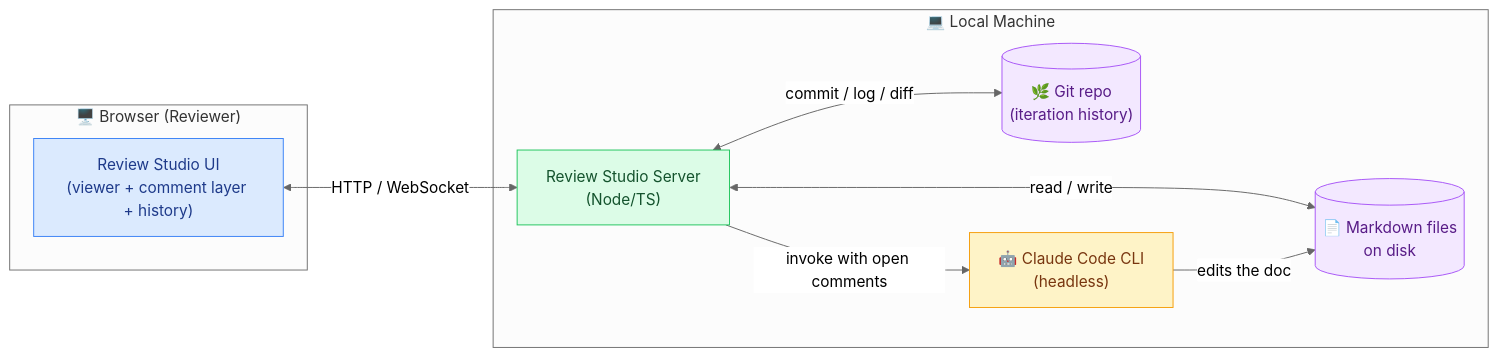
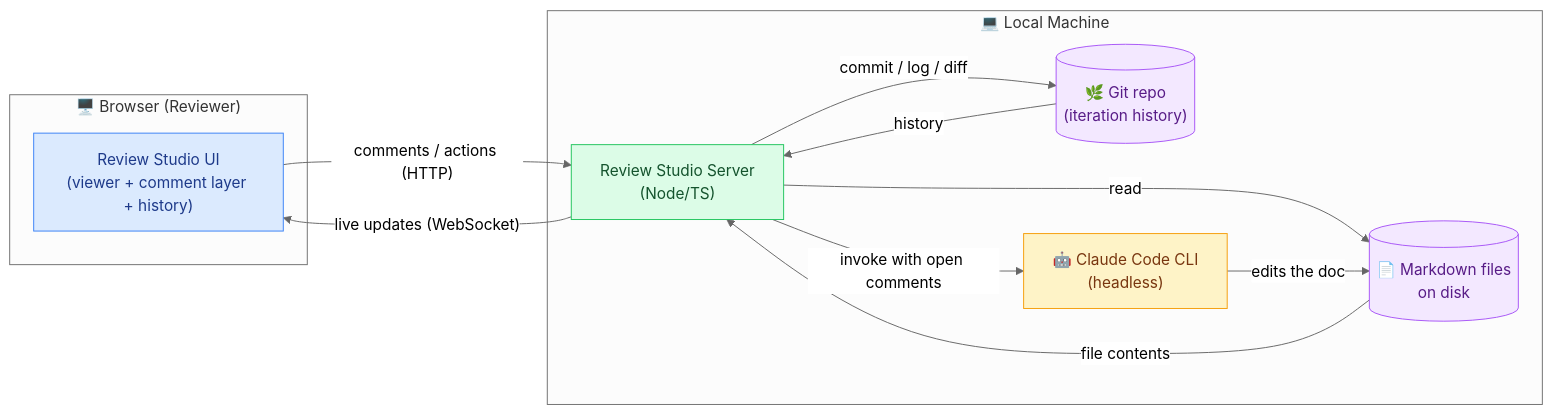
Before and after one commit to omars-lab/omars-lab.github.io: the first of 15 diagrams in bytesofpurpose-blog/designs/2026-06-22-markdown-review-studio.mdx, drawn with Mermaid (neutral theme). The commit also changed 7 other files, not shown here.

````diff
--- a/bytesofpurpose-blog/designs/2026-06-22-markdown-review-studio.mdx
+++ b/bytesofpurpose-blog/designs/2026-06-22-markdown-review-studio.mdx
@@ -78,28 +78,31 @@
 ```mermaid
 graph LR
     subgraph browser["🖥️ Browser (Reviewer)"]
         UI["Review Studio UI<br/>(viewer + comment layer + history)"]
     end
 
     subgraph local["💻 Local Machine"]
         SRV["Review Studio Server<br/>(Node/TS)"]
         FS[("📄 Markdown files<br/>on disk")]
         GIT[("🌿 Git repo<br/>(iteration history)")]
         CC["🤖 Claude Code CLI<br/>(headless)"]
     end
 
-    UI <-->|"HTTP / WebSocket"| SRV
-    SRV <-->|"read / write"| FS
-    SRV <-->|"commit / log / diff"| GIT
+    UI -->|"comments / actions (HTTP)"| SRV
+    SRV -->|"live updates (WebSocket)"| UI
+    SRV -->|"read"| FS
+    FS -->|"file contents"| SRV
+    SRV -->|"commit / log / diff"| GIT
+    GIT -->|"history"| SRV
     SRV -->|"invoke with open comments"| CC
     CC -->|"edits the doc"| FS
 
     classDef ui fill:#dbeafe,stroke:#3b82f6,color:#1e3a8a
     classDef srv fill:#dcfce7,stroke:#22c55e,color:#14532d
     classDef agent fill:#fef3c7,stroke:#f59e0b,color:#78350f
     classDef store fill:#f3e8ff,stroke:#a855f7,color:#581c87
     class UI ui
     class SRV srv
     class CC agent
     class FS,GIT store
 ```
````
